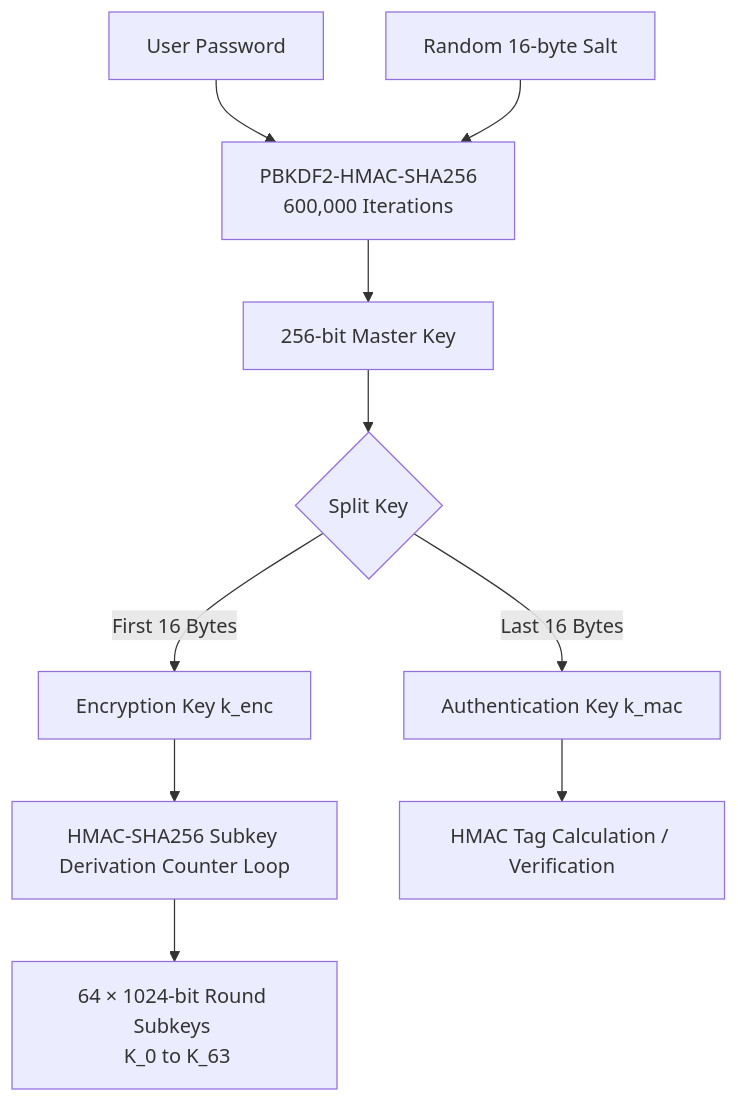
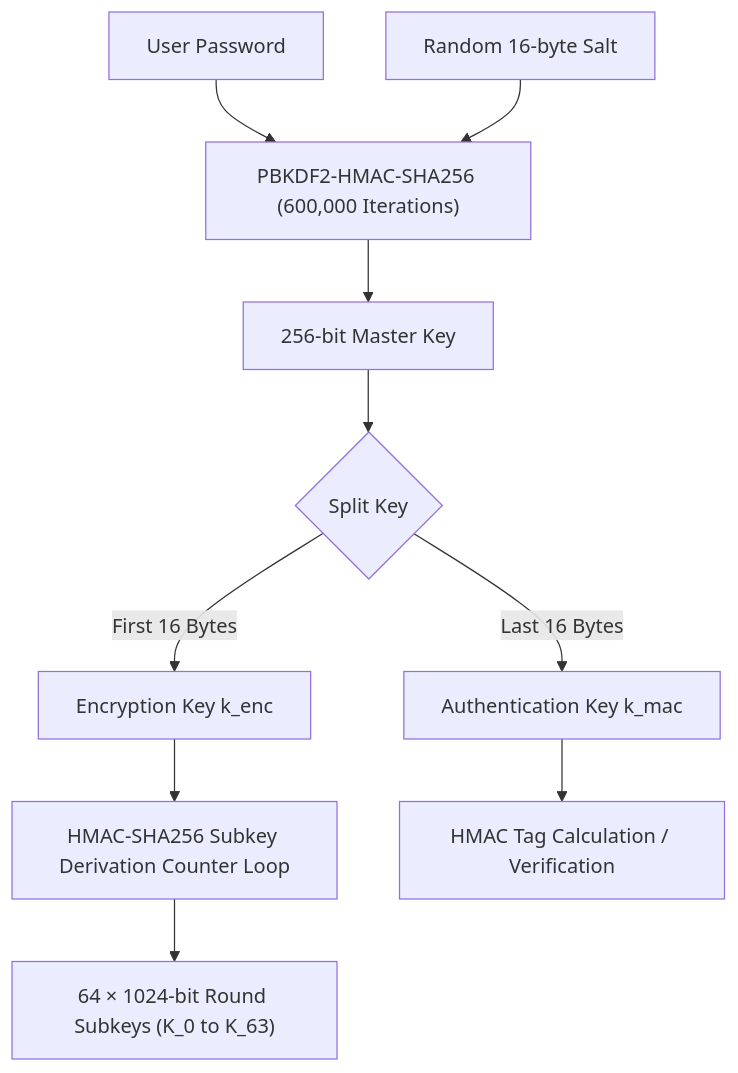
Before and after one commit to Ashin-06/Dynamic-Block-Cipher: the first of 2 diagrams in FLOWS.md, drawn with Mermaid. The commit also changed other lines of this file and 9 other files, not shown here.

````diff
--- a/FLOWS.md
+++ b/FLOWS.md
@@ -11,15 +11,15 @@
 ```mermaid
 graph TD
-    Password[User Password] --> PBKDF2[PBKDF2-HMAC-SHA256 <br/> 600,000 Iterations]
+    Password[User Password] --> PBKDF2["PBKDF2-HMAC-SHA256 (600,000 Iterations)"]
     Salt[Random 16-byte Salt] --> PBKDF2
     PBKDF2 --> MasterKey[256-bit Master Key]
     
     MasterKey --> SplitKey{Split Key}
     SplitKey -->|First 16 Bytes| K_enc[Encryption Key k_enc]
     SplitKey -->|Last 16 Bytes| K_mac[Authentication Key k_mac]
     
     K_enc --> SubkeyGen[HMAC-SHA256 Subkey Derivation Counter Loop]
-    SubkeyGen --> Subkeys[64 × 1024-bit Round Subkeys <br/> K_0 to K_63]
+    SubkeyGen --> Subkeys["64 × 1024-bit Round Subkeys (K_0 to K_63)"]
     
     K_mac --> HMAC_Auth[HMAC Tag Calculation / Verification]
 ```
````
